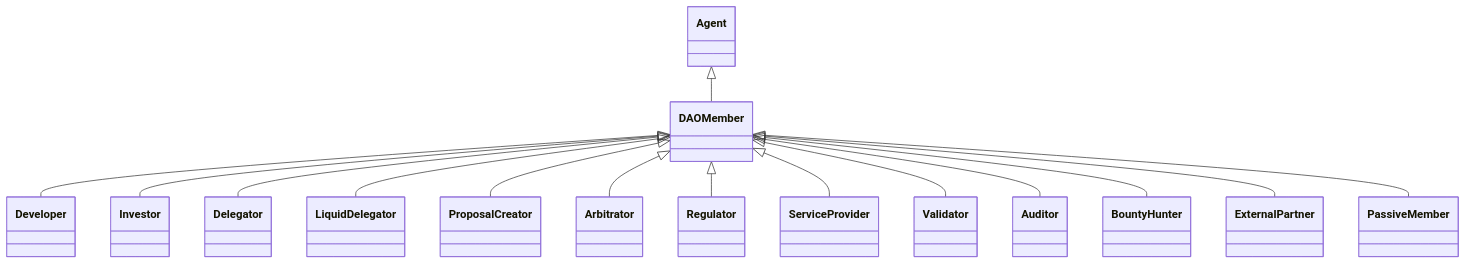
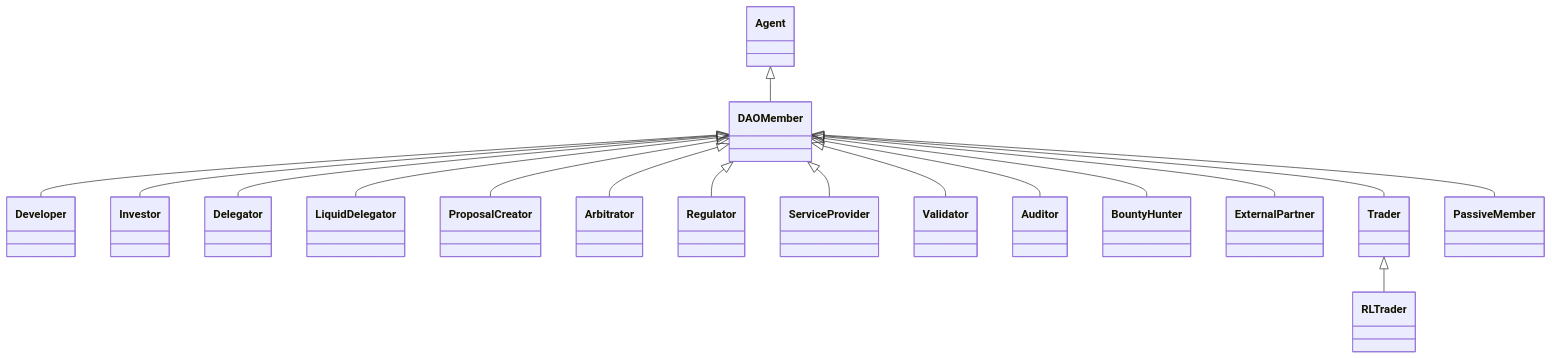
The third of 7 diagrams in docs/DIAGRAMS.md (imgntn/dao_simulator), drawn with Mermaid before and after one commit. The commit also changed 2 other files, not shown here.

Commit message:
docs: mention RLTrader

````diff
--- a/docs/DIAGRAMS.md
+++ b/docs/DIAGRAMS.md
@@ -39,18 +39,20 @@
 ```mermaid
 classDiagram
     class Agent
     Agent <|-- DAOMember
     DAOMember <|-- Developer
     DAOMember <|-- Investor
     DAOMember <|-- Delegator
     DAOMember <|-- LiquidDelegator
     DAOMember <|-- ProposalCreator
     DAOMember <|-- Arbitrator
     DAOMember <|-- Regulator
     DAOMember <|-- ServiceProvider
     DAOMember <|-- Validator
     DAOMember <|-- Auditor
     DAOMember <|-- BountyHunter
     DAOMember <|-- ExternalPartner
+    DAOMember <|-- Trader
+    Trader <|-- RLTrader
     DAOMember <|-- PassiveMember
 ```
````
